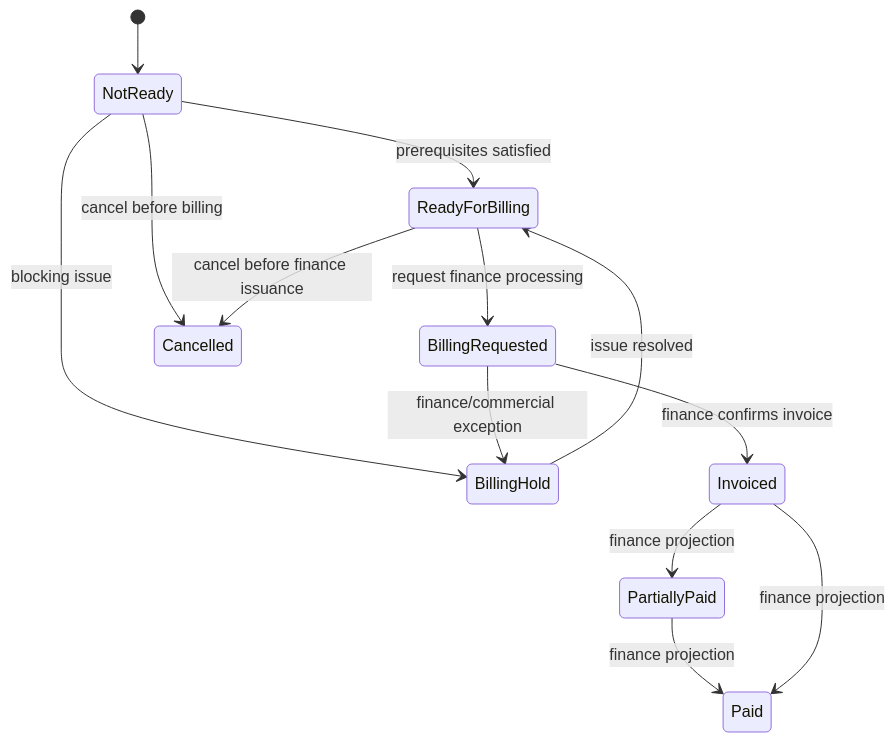
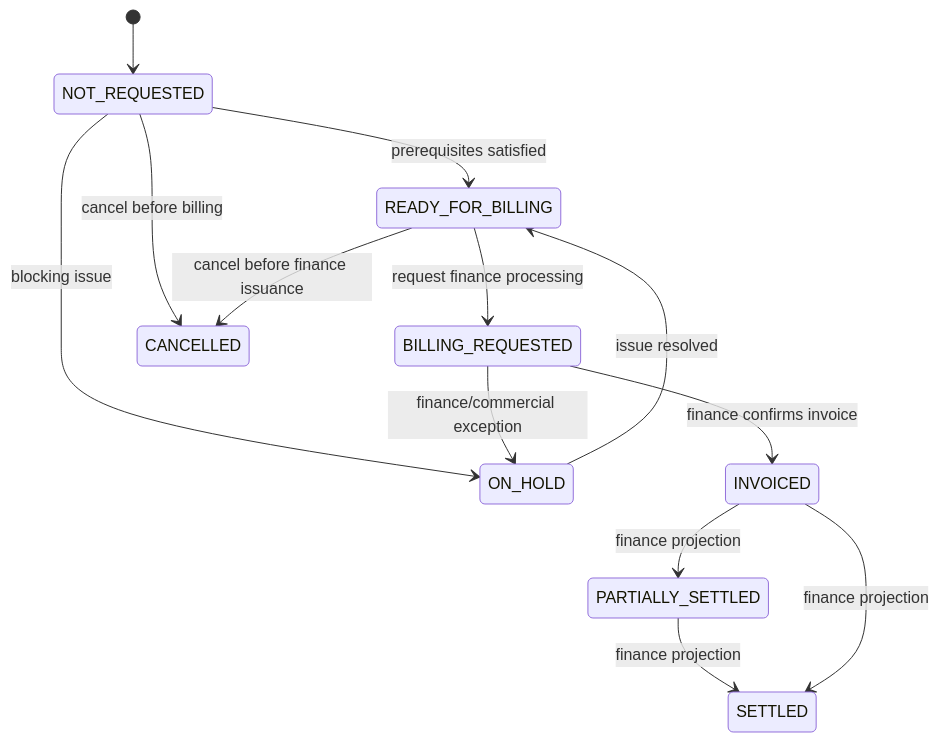
Diagram 12 of 12 in docs/architecture/frd/Module 14 – Corporate Training Management/Part 2 – User Stories, Use Cases, Workflows, State Machines.md (needuvazh/ims-v2), drawn with Mermaid before and after one commit. The commit also changed other lines of this file and 38 other files, not shown here.

````diff
--- a/docs/architecture/frd/Module 14 – Corporate Training Management/Part 2 – User Stories, Use Cases, Workflows, State Machines.md
+++ b/docs/architecture/frd/Module 14 – Corporate Training Management/Part 2 – User Stories, Use Cases, Workflows, State Machines.md
@@ -1414,15 +1414,15 @@
 ```mermaid
 stateDiagram-v2
-    [*] --> NotReady
-    NotReady --> ReadyForBilling: prerequisites satisfied
-    NotReady --> BillingHold: blocking issue
-    BillingHold --> ReadyForBilling: issue resolved
-    ReadyForBilling --> BillingRequested: request finance processing
-    BillingRequested --> Invoiced: finance confirms invoice
-    BillingRequested --> BillingHold: finance/commercial exception
-    Invoiced --> PartiallyPaid: finance projection
-    PartiallyPaid --> Paid: finance projection
-    Invoiced --> Paid: finance projection
-    NotReady --> Cancelled: cancel before billing
-    ReadyForBilling --> Cancelled: cancel before finance issuance
+    [*] --> NOT_REQUESTED
+    NOT_REQUESTED --> READY_FOR_BILLING: prerequisites satisfied
+    NOT_REQUESTED --> ON_HOLD: blocking issue
+    ON_HOLD --> READY_FOR_BILLING: issue resolved
+    READY_FOR_BILLING --> BILLING_REQUESTED: request finance processing
+    BILLING_REQUESTED --> INVOICED: finance confirms invoice
+    BILLING_REQUESTED --> ON_HOLD: finance/commercial exception
+    INVOICED --> PARTIALLY_SETTLED: finance projection
+    PARTIALLY_SETTLED --> SETTLED: finance projection
+    INVOICED --> SETTLED: finance projection
+    NOT_REQUESTED --> CANCELLED: cancel before billing
+    READY_FOR_BILLING --> CANCELLED: cancel before finance issuance
 ```
````
